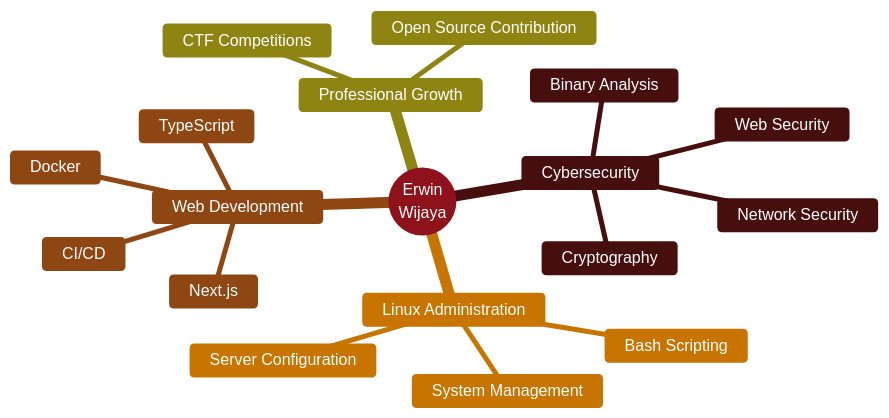
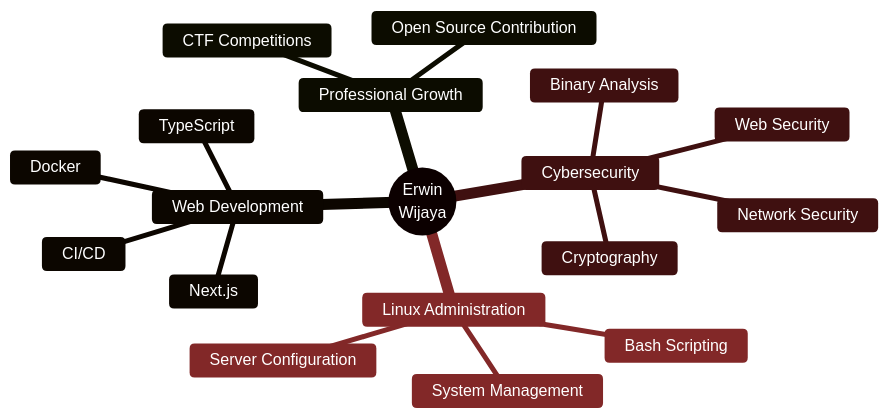
The diagram in README.md (Romm31/Romm31), drawn with Mermaid before and after one commit. The commit also changed other lines of this file, not shown here.

````diff
--- a/README.md
+++ b/README.md
@@ -149,43 +170,43 @@
 ```mermaid
 %%{init: {'theme': 'base', 'themeVariables': {
   'fontSize': '16px',
   'fontFamily': 'arial',
   'background': '#0d0d0d',
-  'primaryColor': '#e63946',
+  'primaryColor': '#8B0000',
   'primaryTextColor': '#ffffff',
-  'primaryBorderColor': '#ff6b6b',
-  'lineColor': '#ff6b6b',
-  'secondaryColor': '#b22222',
+  'primaryBorderColor': '#DC143C',
+  'lineColor': '#DC143C',
+  'secondaryColor': '#A52A2A',
   'secondaryTextColor': '#ffffff',
-  'secondaryBorderColor': '#ff6b6b',
-  'tertiaryColor': '#ffb347',
-  'tertiaryTextColor': '#000000',
-  'tertiaryBorderColor': '#ff6b6b',
+  'secondaryBorderColor': '#DC143C',
+  'tertiaryColor': '#CD5C5C',
+  'tertiaryTextColor': '#ffffff',
+  'tertiaryBorderColor': '#DC143C',
   'clusterBkg': '#1a1a1a',
-  'clusterBorder': '#ff6b6b',
-  'titleColor': '#ff6b6b',
+  'clusterBorder': '#DC143C',
+  'titleColor': '#DC143C',
   'nodeTextColor': '#ffffff',
-  'mainBkg': '#e63946',
+  'mainBkg': '#8B0000',
   'textColor': '#ffffff'
 }}}%%
 
 mindmap
   root((Erwin<br/>Wijaya))
     Cybersecurity
       Web Security
       Cryptography
       Binary Analysis
       Network Security
     Linux Administration
       System Management
       Bash Scripting
       Server Configuration
     Web Development
       Next.js
       TypeScript
       Docker
       CI/CD
     Professional Growth
       CTF Competitions
       Open Source Contribution
 ```
````
